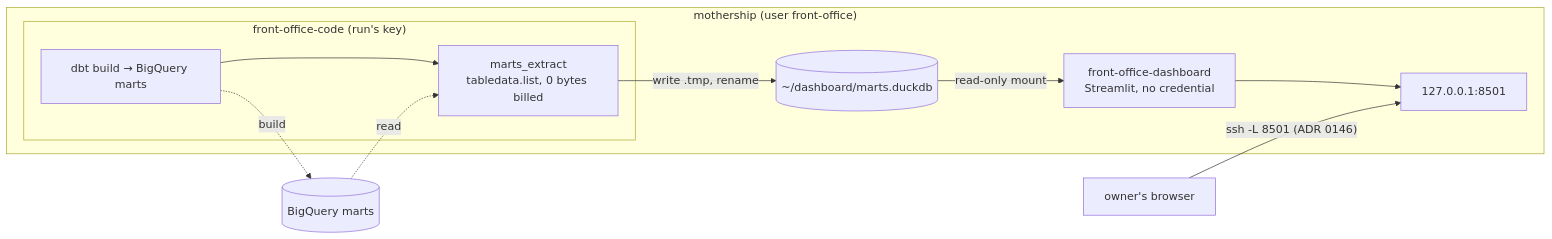
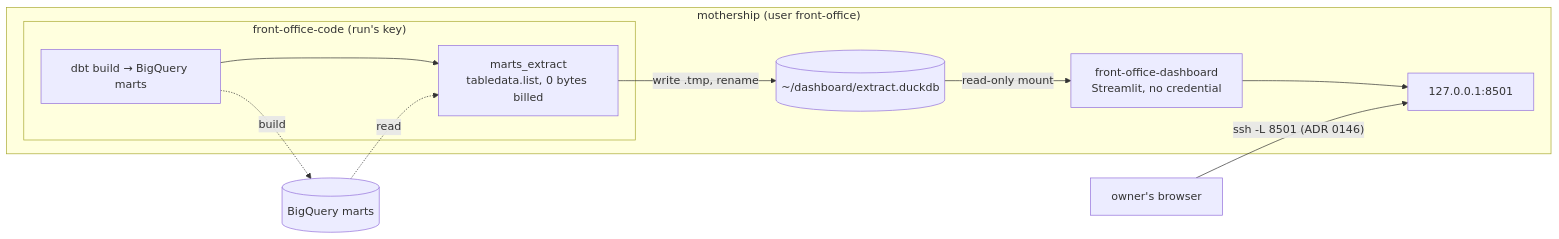
Before and after one commit to nick-socci/front-office: the diagram in docs/specs/0232-dashboard/design.md, drawn with Mermaid. The commit also changed other lines of this file and 3 other files, not shown here.

First line of the commit message:
Add front-office extract-marts: the dashboard's marts copied into one DuckDB file (#232)

````diff
--- a/docs/specs/0232-dashboard/design.md
+++ b/docs/specs/0232-dashboard/design.md
@@ -17,14 +17,14 @@
 ```mermaid
 flowchart LR
   subgraph mothership["mothership (user front-office)"]
     subgraph code["front-office-code (run's key)"]
       dbt["dbt build → BigQuery marts"] --> ex["marts_extract<br/>tabledata.list, 0 bytes billed"]
     end
-    ex -- "write .tmp, rename" --> file[("~/dashboard/marts.duckdb")]
+    ex -- "write .tmp, rename" --> file[("~/dashboard/extract.duckdb")]
     file -- "read-only mount" --> dash["front-office-dashboard<br/>Streamlit, no credential"]
     dash --> lo["127.0.0.1:8501"]
   end
   bq[("BigQuery marts")] -. read .-> ex
   dbt -. build .-> bq
   laptop["owner's browser"] -- "ssh -L 8501 (ADR 0146)" --> lo
 ```
````
